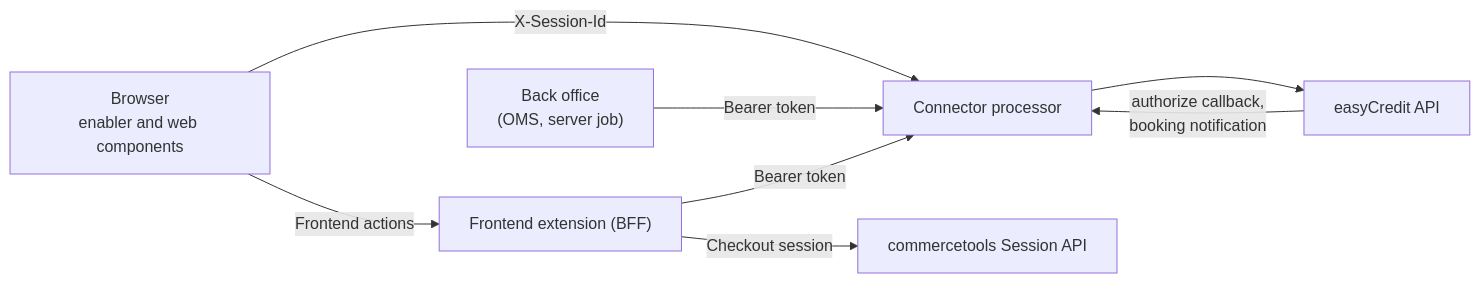
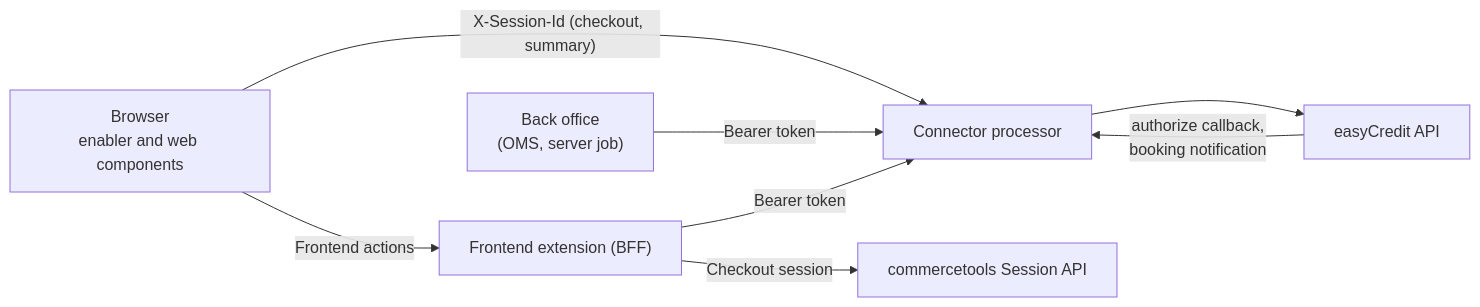
Before and after one commit to SHOPMACHER/easy-credit-commercetools-connector: the diagram in docs/CommercetoolsFrontendIntegration.md, drawn with Mermaid. The commit also changed other lines of this file and 21 other files, not shown here.

````diff
--- a/docs/CommercetoolsFrontendIntegration.md
+++ b/docs/CommercetoolsFrontendIntegration.md
@@ -88,10 +88,10 @@
 ```mermaid
 flowchart LR
-  B["Browser<br/>enabler and web components"] -- "X-Session-Id" --> P["Connector processor"]
+  B["Browser<br/>enabler and web components"] -- "X-Session-Id (checkout, summary)" --> P["Connector processor"]
   B -- "Frontend actions" --> F["Frontend extension (BFF)"]
   F -- "Bearer token" --> P
   F -- "Checkout session" --> S["commercetools Session API"]
   O["Back office<br/>(OMS, server job)"] -- "Bearer token" --> P
   P --> E["easyCredit API"]
   E -- "authorize callback,<br/>booking notification" --> P
 ```
````
